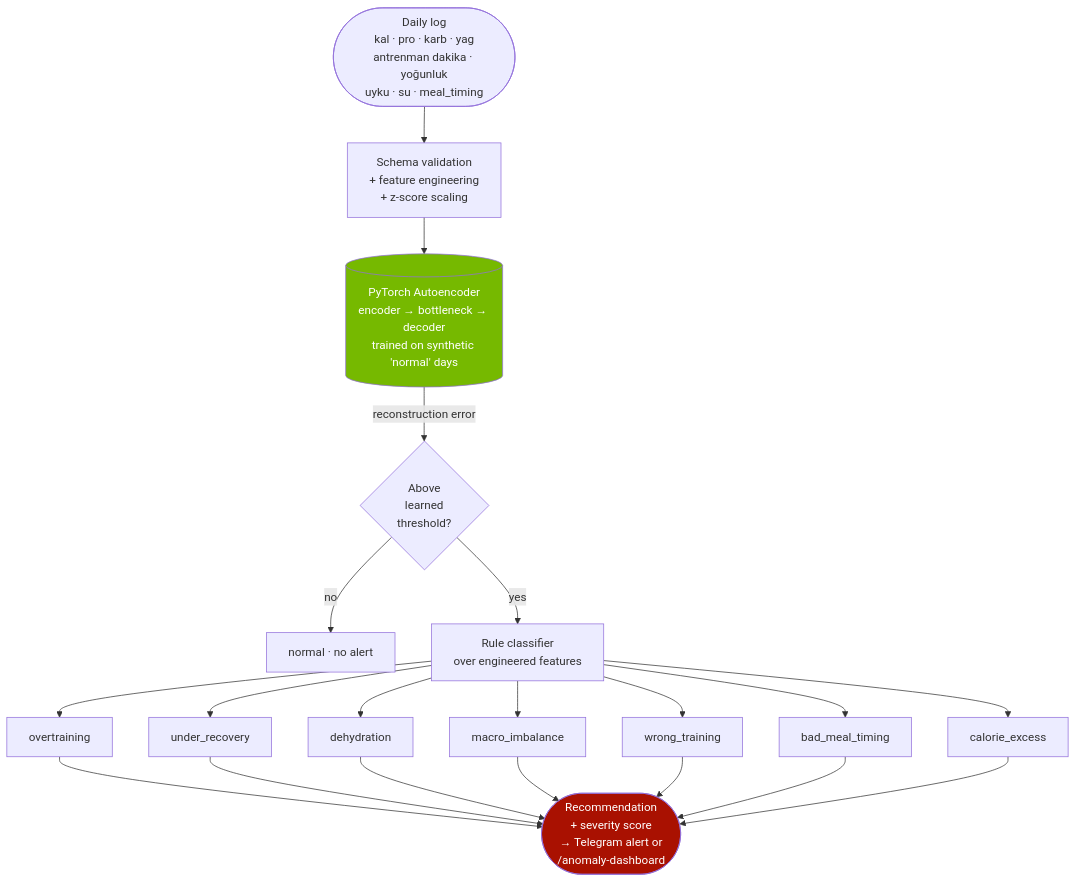
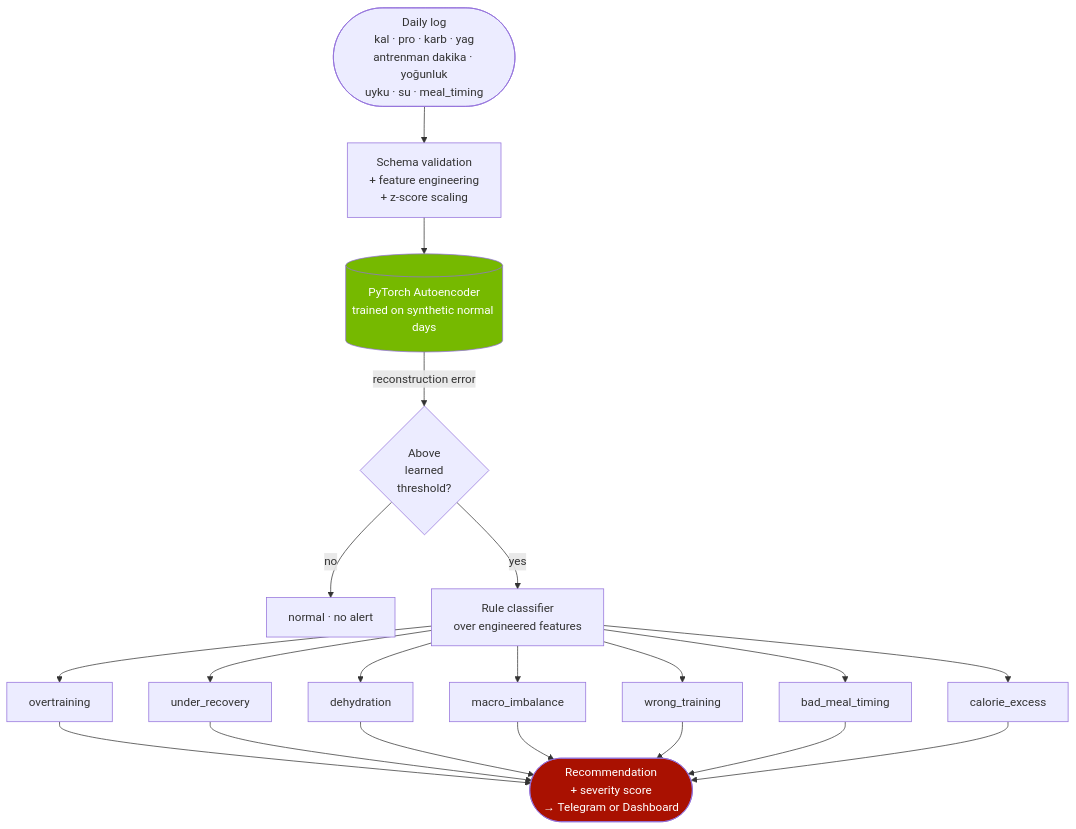
One commit to abdulhamidbatayhi123/TulparAI changed the third of 3 diagrams in README.md. Above: the diagram before and after it, drawn with Mermaid. The commit also changed other lines of this file, not shown here.

````diff
--- a/README.md
+++ b/README.md
@@ -143,25 +148,25 @@
 ```mermaid
 flowchart TD
     LOG([Daily log<br/>kal · pro · karb · yag<br/>antrenman dakika · yoğunluk<br/>uyku · su · meal_timing]) --> SF
     SF[Schema validation<br/>+ feature engineering<br/>+ z-score scaling] --> AE
 
-    AE[(PyTorch Autoencoder<br/>encoder → bottleneck → decoder<br/>trained on synthetic 'normal' days)]
+    AE[(PyTorch Autoencoder<br/>trained on synthetic normal days)]
 
     AE -->|reconstruction error| THRESH{Above<br/>learned<br/>threshold?}
     THRESH -- no --> NORMAL[normal · no alert]
     THRESH -- yes --> CLASSIFY
 
     CLASSIFY[Rule classifier<br/>over engineered features]
     CLASSIFY --> T1[overtraining]
     CLASSIFY --> T2[under_recovery]
     CLASSIFY --> T3[dehydration]
     CLASSIFY --> T4[macro_imbalance]
     CLASSIFY --> T5[wrong_training]
     CLASSIFY --> T6[bad_meal_timing]
     CLASSIFY --> T7[calorie_excess]
 
-    T1 & T2 & T3 & T4 & T5 & T6 & T7 --> REC([Recommendation<br/>+ severity score<br/>→ Telegram alert or<br/>/anomaly-dashboard])
+    T1 & T2 & T3 & T4 & T5 & T6 & T7 --> REC([Recommendation<br/>+ severity score<br/>→ Telegram or Dashboard])
 
     style AE fill:#76b900,color:#fff
     style REC fill:#A91101,color:#fff
 ```
````
